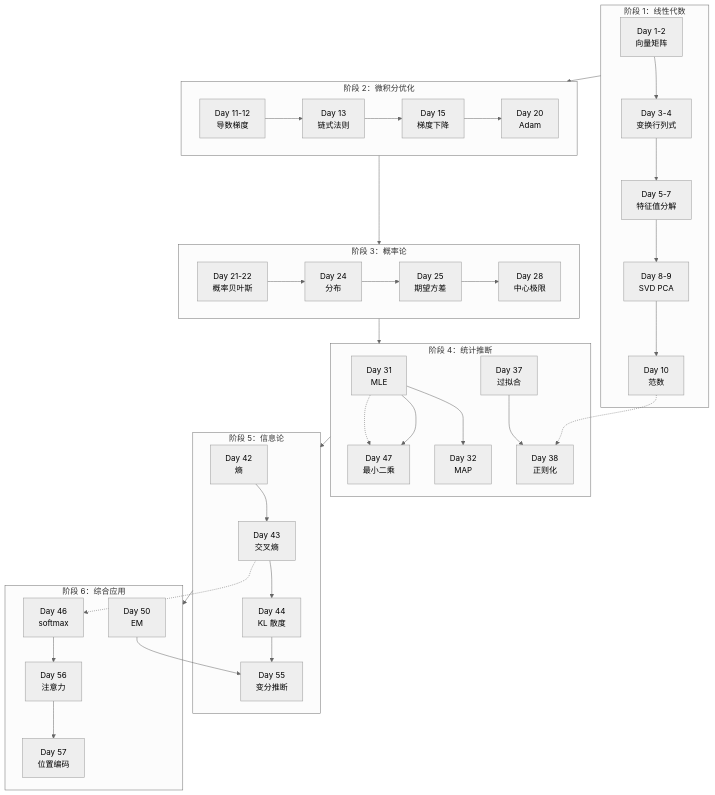
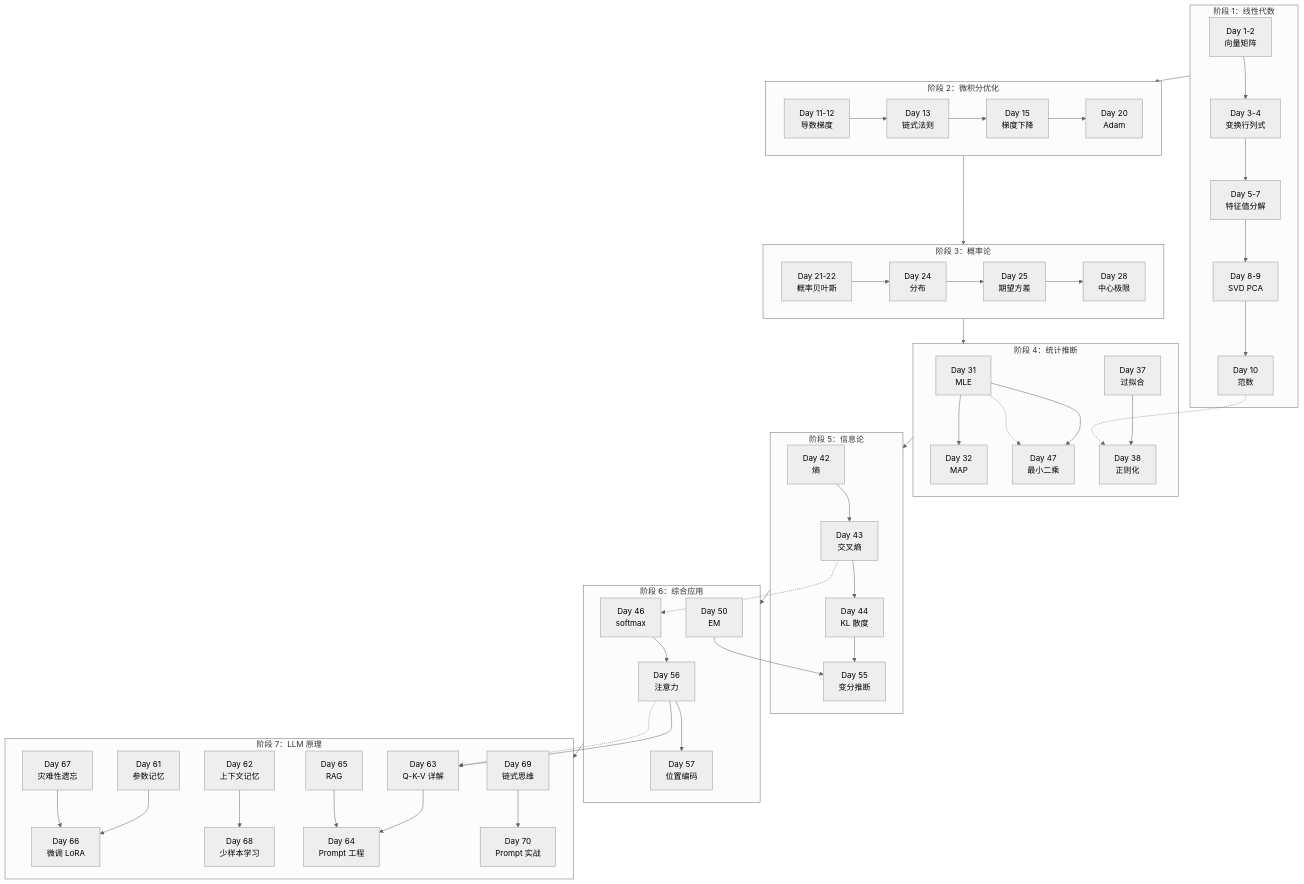
The diagram in docs/learning-path.md (cloudyan/ai-math-docs), drawn with Mermaid (neutral theme) before and after one commit. The commit also changed other lines of this file and 3 other files, not shown here.

Commit message:
✨ 新增阶段 7：LLM 原理与 Prompt 工程（Day 61-70）

````diff
--- a/docs/learning-path.md
+++ b/docs/learning-path.md
@@ -9,49 +9,61 @@
 ```mermaid
 graph TD
     subgraph S1[阶段 1：线性代数]
         D1[Day 1-2<br>向量矩阵] --> D3[Day 3-4<br>变换行列式]
         D3 --> D5[Day 5-7<br>特征值分解]
         D5 --> D8[Day 8-9<br>SVD PCA]
         D8 --> D10[Day 10<br>范数]
     end
     
     subgraph S2[阶段 2：微积分优化]
         D11[Day 11-12<br>导数梯度] --> D13[Day 13<br>链式法则]
         D13 --> D15[Day 15<br>梯度下降]
         D15 --> D20[Day 20<br>Adam]
     end
     
     subgraph S3[阶段 3：概率论]
         D21[Day 21-22<br>概率贝叶斯] --> D24[Day 24<br>分布]
         D24 --> D25[Day 25<br>期望方差]
         D25 --> D28[Day 28<br>中心极限]
     end
     
     subgraph S4[阶段 4：统计推断]
         D31[Day 31<br>MLE] --> D32[Day 32<br>MAP]
         D31 --> D47[Day 47<br>最小二乘]
         D37[Day 37<br>过拟合] --> D38[Day 38<br>正则化]
     end
     
     subgraph S5[阶段 5：信息论]
         D42[Day 42<br>熵] --> D43[Day 43<br>交叉熵]
         D43 --> D44[Day 44<br>KL 散度]
         D44 --> D55[Day 55<br>变分推断]
     end
     
     subgraph S6[阶段 6：综合应用]
         D46[Day 46<br>softmax] --> D56[Day 56<br>注意力]
         D50[Day 50<br>EM] --> D55
         D56 --> D57[Day 57<br>位置编码]
     end
     
+    subgraph S7[阶段 7：LLM 原理]
+        D56 --> D63[Day 63<br>Q-K-V 详解]
+        D61[Day 61<br>参数记忆] --> D66[Day 66<br>微调 LoRA]
+        D62[Day 62<br>上下文记忆] --> D68[Day 68<br>少样本学习]
+        D63 --> D64[Day 64<br>Prompt 工程]
+        D65[Day 65<br>RAG] --> D64
+        D67[Day 67<br>灾难性遗忘] --> D66
+        D69[Day 69<br>链式思维] --> D70[Day 70<br>Prompt 实战]
+    end
+    
     S1 --> S2
     S2 --> S3
     S3 --> S4
     S4 --> S5
     S5 --> S6
+    S6 --> S7
     
     D10 -.-> D38
     D31 -.-> D47
     D43 -.-> D46
+    D56 -.-> D63
 ```
````
